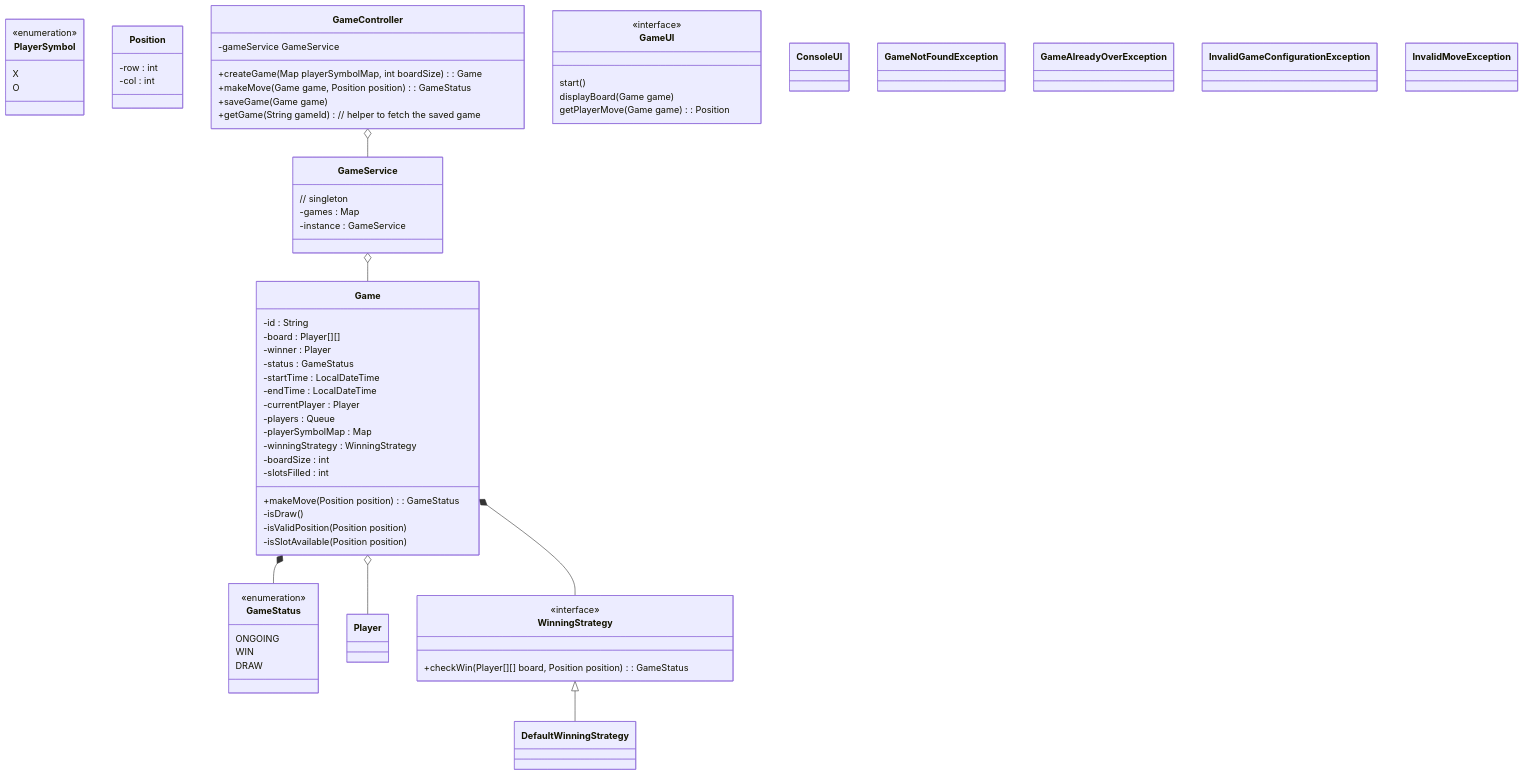
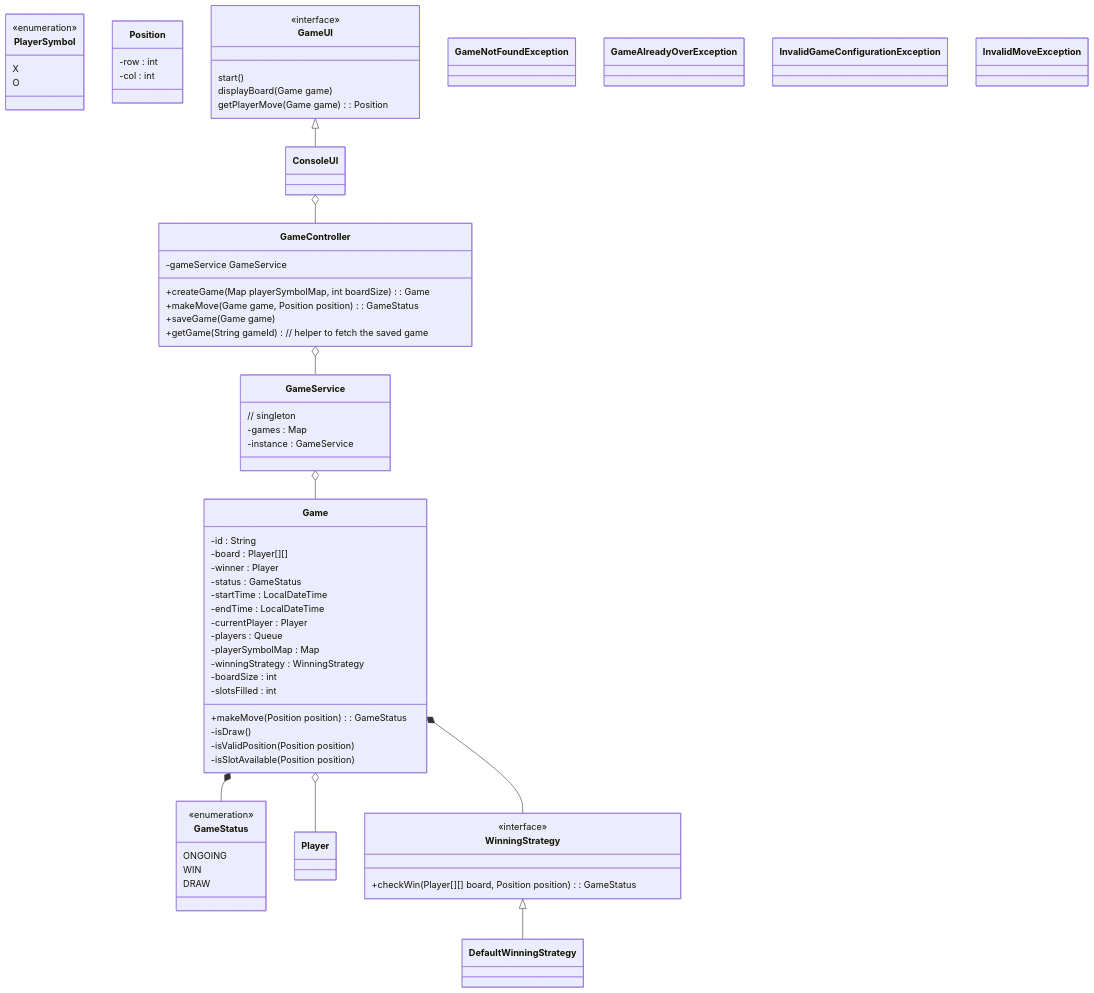
One commit to shafique-md18/low-level-design changed the diagram in solutions/tictactoe/classdiagram.md. Above: the diagram before and after it, drawn with Mermaid.

Commit message:
Modify class diagram

```diff
--- a/solutions/tictactoe/classdiagram.md
+++ b/solutions/tictactoe/classdiagram.md
@@ -58,6 +58,8 @@
         +getGame(String gameId) // helper to fetch the saved game
         
     }
+    GameUI <|-- ConsoleUI
+    ConsoleUI o-- GameController
     class GameUI {
         <<interface>>
         start()
```
